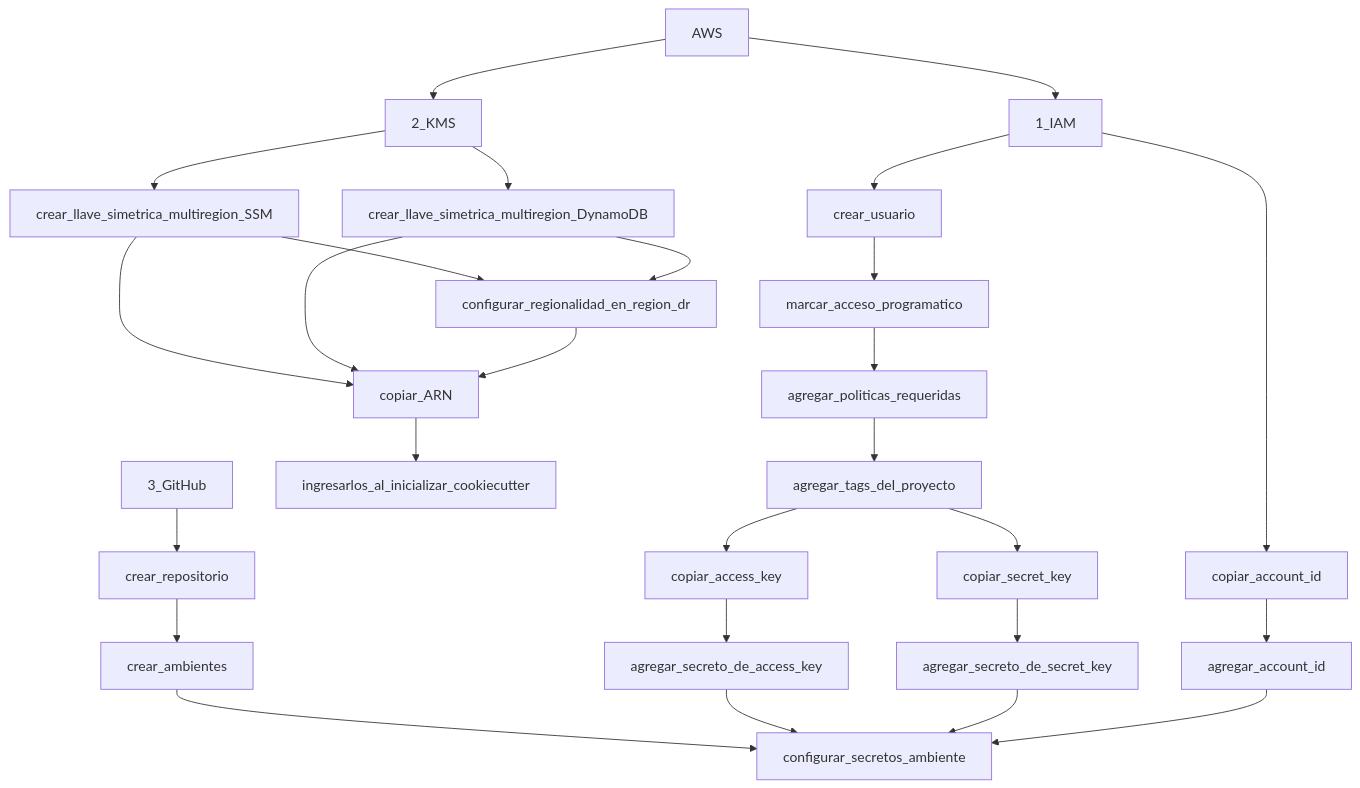
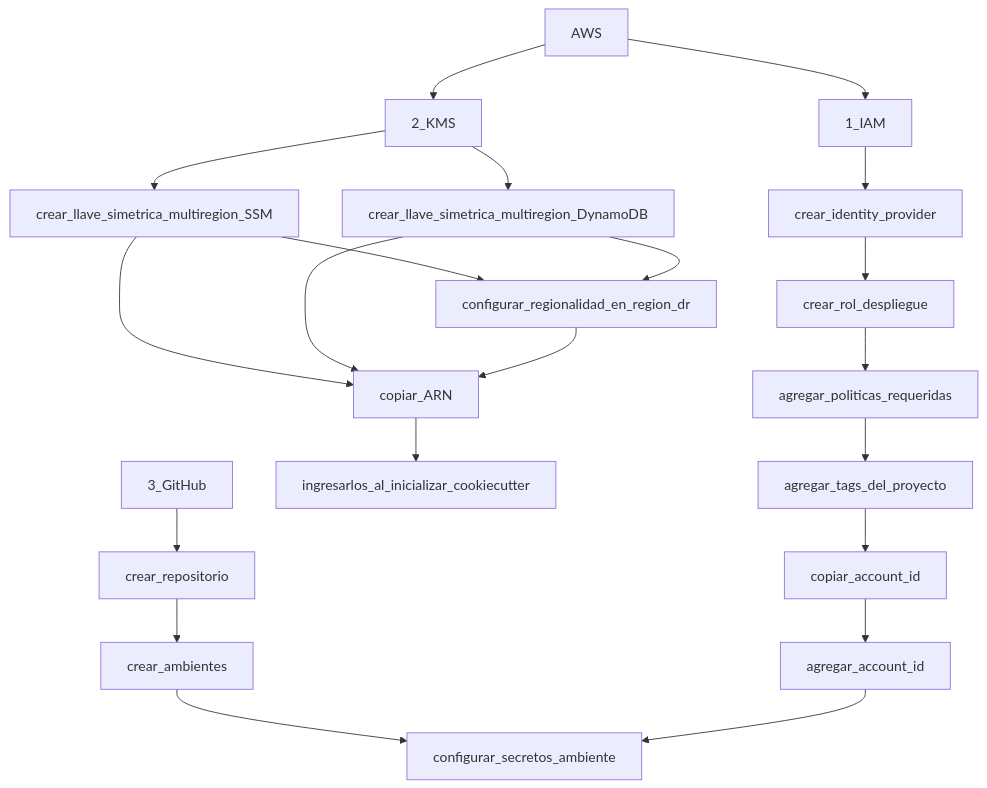
The diagram in README.md (spsmexico/aws_sam_github_quickstart_template), drawn with Mermaid before and after one commit. The commit also changed other lines of this file and 8 other files, not shown here.

First line of the commit message:
docs: se agrega documentación para despliegue usando rol (#1)

````diff
--- a/README.md
+++ b/README.md
@@ -268,34 +267,28 @@
 ```mermaid
   graph TD;
 
 
       AWS-->1_IAM;
-      1_IAM-->crear_usuario;
-      1_IAM-->copiar_account_id;
-      crear_usuario-->marcar_acceso_programatico;
-      marcar_acceso_programatico-->agregar_politicas_requeridas;
+      1_IAM-->crear_identity_provider;
+      crear_identity_provider-->crear_rol_despliegue;
+      crear_rol_despliegue-->agregar_politicas_requeridas;
       agregar_politicas_requeridas-->agregar_tags_del_proyecto;
-      agregar_tags_del_proyecto-->copiar_access_key;
-      agregar_tags_del_proyecto-->copiar_secret_key;
+      agregar_tags_del_proyecto-->copiar_account_id;
       copiar_account_id-->agregar_account_id;
 
       AWS-->2_KMS;
       2_KMS-->crear_llave_simetrica_multiregion_SSM;
       crear_llave_simetrica_multiregion_SSM-->copiar_ARN;
       2_KMS-->crear_llave_simetrica_multiregion_DynamoDB;
       crear_llave_simetrica_multiregion_DynamoDB-->copiar_ARN;
       crear_llave_simetrica_multiregion_SSM-->configurar_regionalidad_en_region_dr;
       crear_llave_simetrica_multiregion_DynamoDB-->configurar_regionalidad_en_region_dr;
       configurar_regionalidad_en_region_dr-->copiar_ARN;
       copiar_ARN-->ingresarlos_al_inicializar_cookiecutter;    
 
       3_GitHub-->crear_repositorio;
       crear_repositorio-->crear_ambientes;
       crear_ambientes-->configurar_secretos_ambiente;
-      copiar_access_key-->agregar_secreto_de_access_key;
-      copiar_secret_key-->agregar_secreto_de_secret_key;
-      agregar_secreto_de_access_key-->configurar_secretos_ambiente;
-      agregar_secreto_de_secret_key-->configurar_secretos_ambiente;
       agregar_account_id-->configurar_secretos_ambiente;
                 
 ```
````
